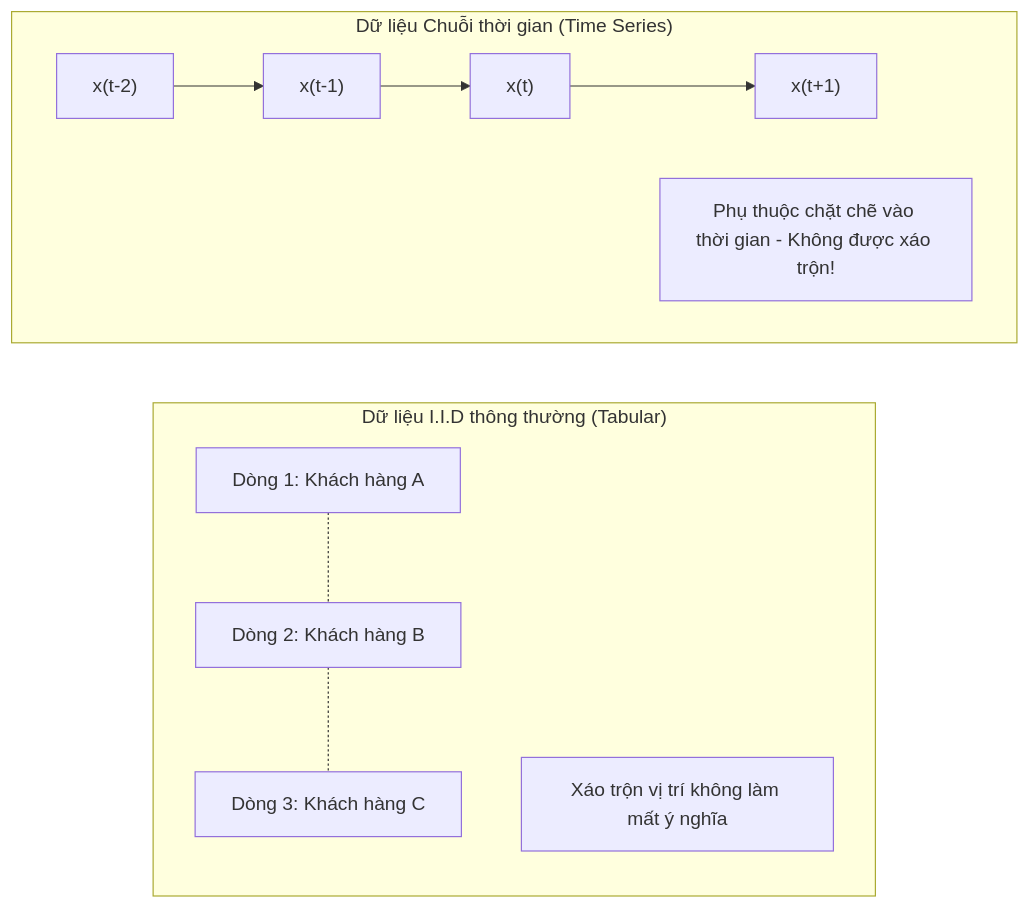
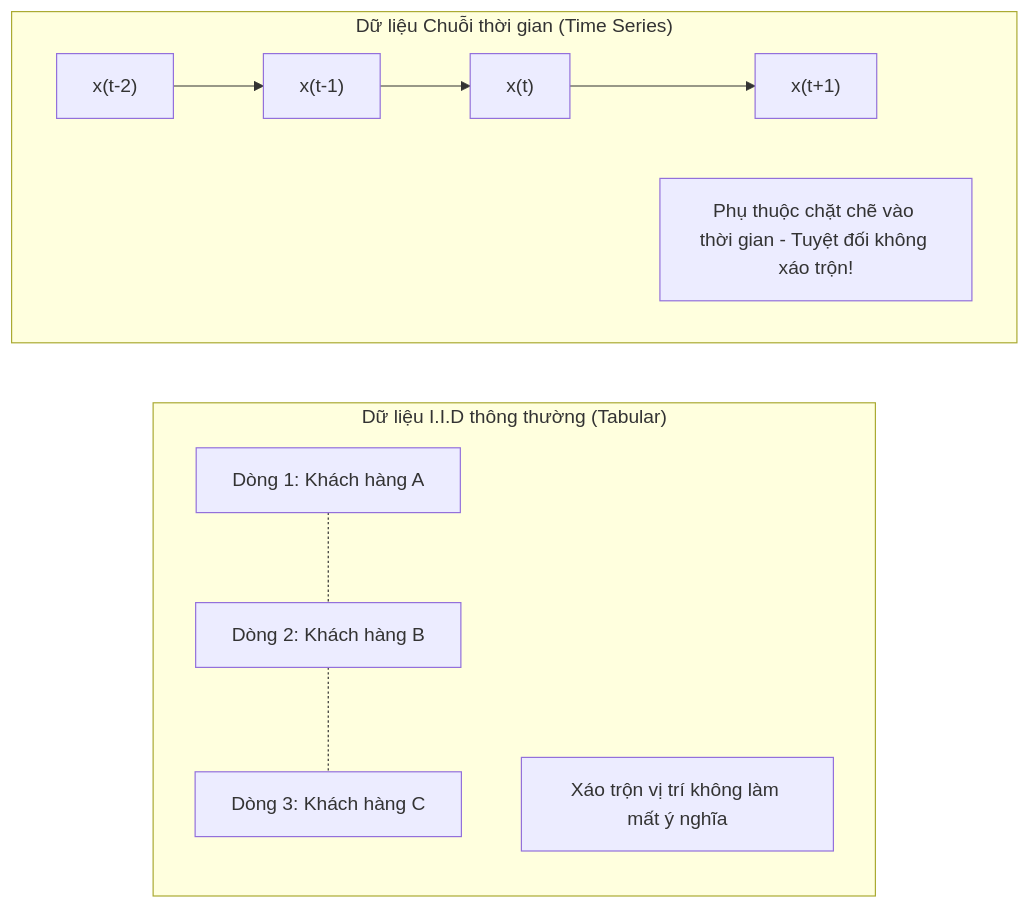
The first of 5 diagrams in PTDLKD/time-series-data-fundamentals-conecpts/general_infomation.md (snowflake-vibing/KnowledgeLibrary), drawn with Mermaid before and after one commit. The commit also changed other lines of this file, not shown here.

Commit message:
docs: cap nhat general_infomation.md - them sequence data, data partitioning, time-series tasks va bo autocorrelation

````diff
--- a/PTDLKD/time-series-data-fundamentals-conecpts/general_infomation.md
+++ b/PTDLKD/time-series-data-fundamentals-conecpts/general_infomation.md
@@ -23,17 +23,17 @@
 ```mermaid
 flowchart LR
     subgraph IID ["Dữ liệu I.I.D thông thường (Tabular)"]
         direction TB
         D1["Dòng 1: Khách hàng A"]
         D2["Dòng 2: Khách hàng B"]
         D3["Dòng 3: Khách hàng C"]
         D1 -.- D2 -.- D3
         NOTE1["Xáo trộn vị trí không làm mất ý nghĩa"]
     end
 
     subgraph TS ["Dữ liệu Chuỗi thời gian (Time Series)"]
         direction LR
         T1["x(t-2)"] --> T2["x(t-1)"] --> T3["x(t)"] --> T4["x(t+1)"]
-        NOTE2["Phụ thuộc chặt chẽ vào thời gian - Không được xáo trộn!"]
+        NOTE2["Phụ thuộc chặt chẽ vào thời gian - Tuyệt đối không xáo trộn!"]
     end
 ```
````
